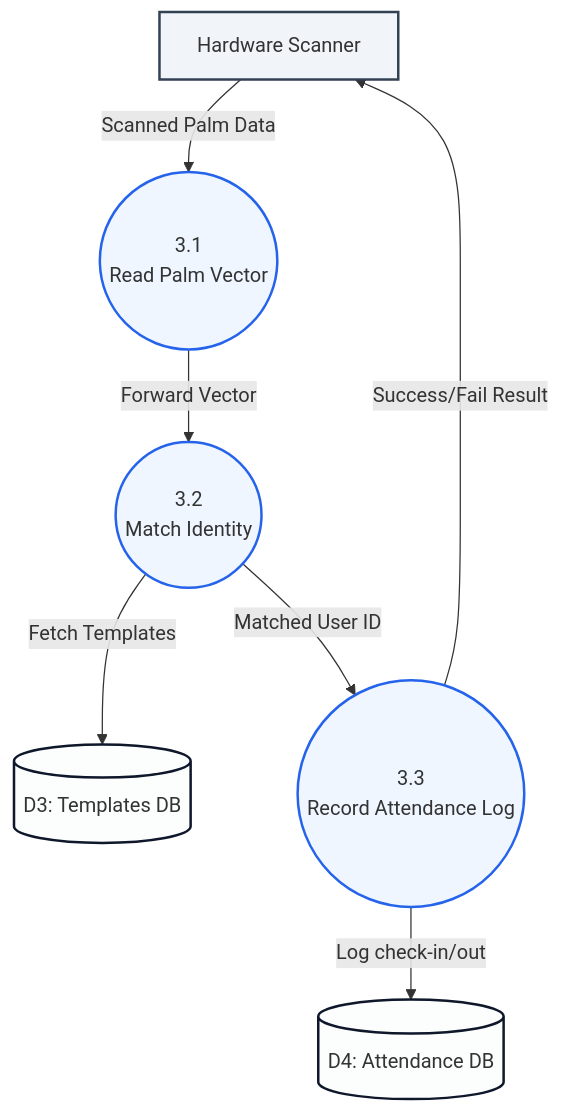
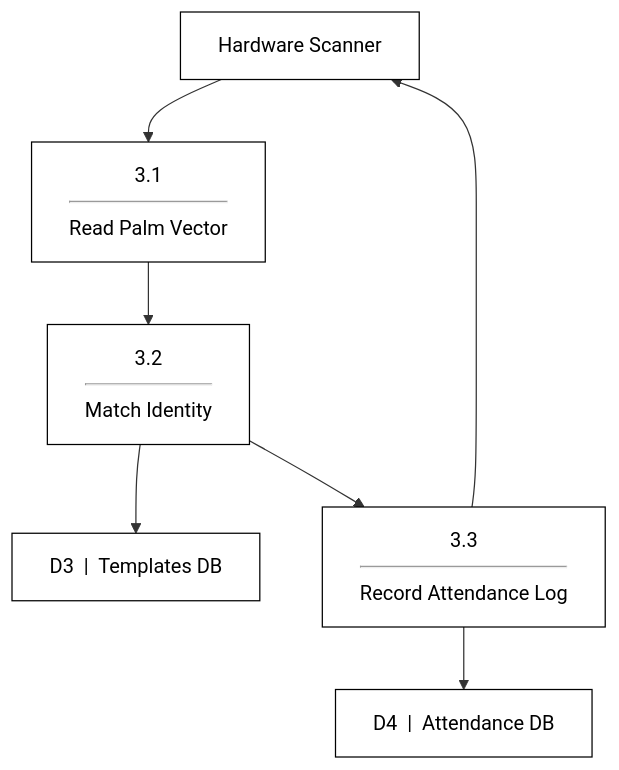
The eighth of 13 diagrams in USER_MANUAL.md (Touy2004/palm-back-end), drawn with Mermaid before and after one commit. The commit also changed other lines of this file and 6 other files, not shown here.

Commit message:
refactor: remove thermal data fields from service models and documentation and update system diagrams

````diff
--- a/USER_MANUAL.md
+++ b/USER_MANUAL.md
@@ -404,24 +403,24 @@
 ```mermaid
 flowchart TD
     Device[Hardware Scanner]:::entity
     
-    P3_1((3.1<br/>Read Palm Vector)):::process
-    P3_2((3.2<br/>Match Identity)):::process
-    P3_3((3.3<br/>Record Attendance Log)):::process
+    P3_1["3.1<hr/>Read Palm Vector"]:::process
+    P3_2["3.2<hr/>Match Identity"]:::process
+    P3_3["3.3<hr/>Record Attendance Log"]:::process
     
-    D3[(D3: Templates DB)]:::datastore
-    D4[(D4: Attendance DB)]:::datastore
+    D3["D3 &nbsp;|&nbsp; Templates DB"]:::datastore
+    D4["D4 &nbsp;|&nbsp; Attendance DB"]:::datastore
     
-    Device -- "Scanned Palm Data" --> P3_1
-    P3_1 -- "Forward Vector" --> P3_2
+    Device --> P3_1
+    P3_1 --> P3_2
     
-    P3_2 -- "Fetch Templates" --> D3
-    P3_2 -- "Matched User ID" --> P3_3
+    P3_2 --> D3
+    P3_2 --> P3_3
     
-    P3_3 -- "Log check-in/out" --> D4
-    P3_3 -- "Success/Fail Result" --> Device
+    P3_3 --> D4
+    P3_3 --> Device
 
-    classDef entity fill:#f1f5f9,stroke:#334155,stroke-width:2px,shape:rect
-    classDef process fill:#eff6ff,stroke:#2563eb,stroke-width:2px,shape:circle
-    classDef datastore fill:#fcfdfd,stroke:#0f172a,stroke-width:2px,shape:cylinder
+    classDef entity fill:#fff,stroke:#000,stroke-width:1px,shape:rect,color:#000
+    classDef process fill:#fff,stroke:#000,stroke-width:1px,shape:rect,color:#000
+    classDef datastore fill:#fff,stroke:#000,stroke-width:1px,shape:rect,color:#000
 ```
````
